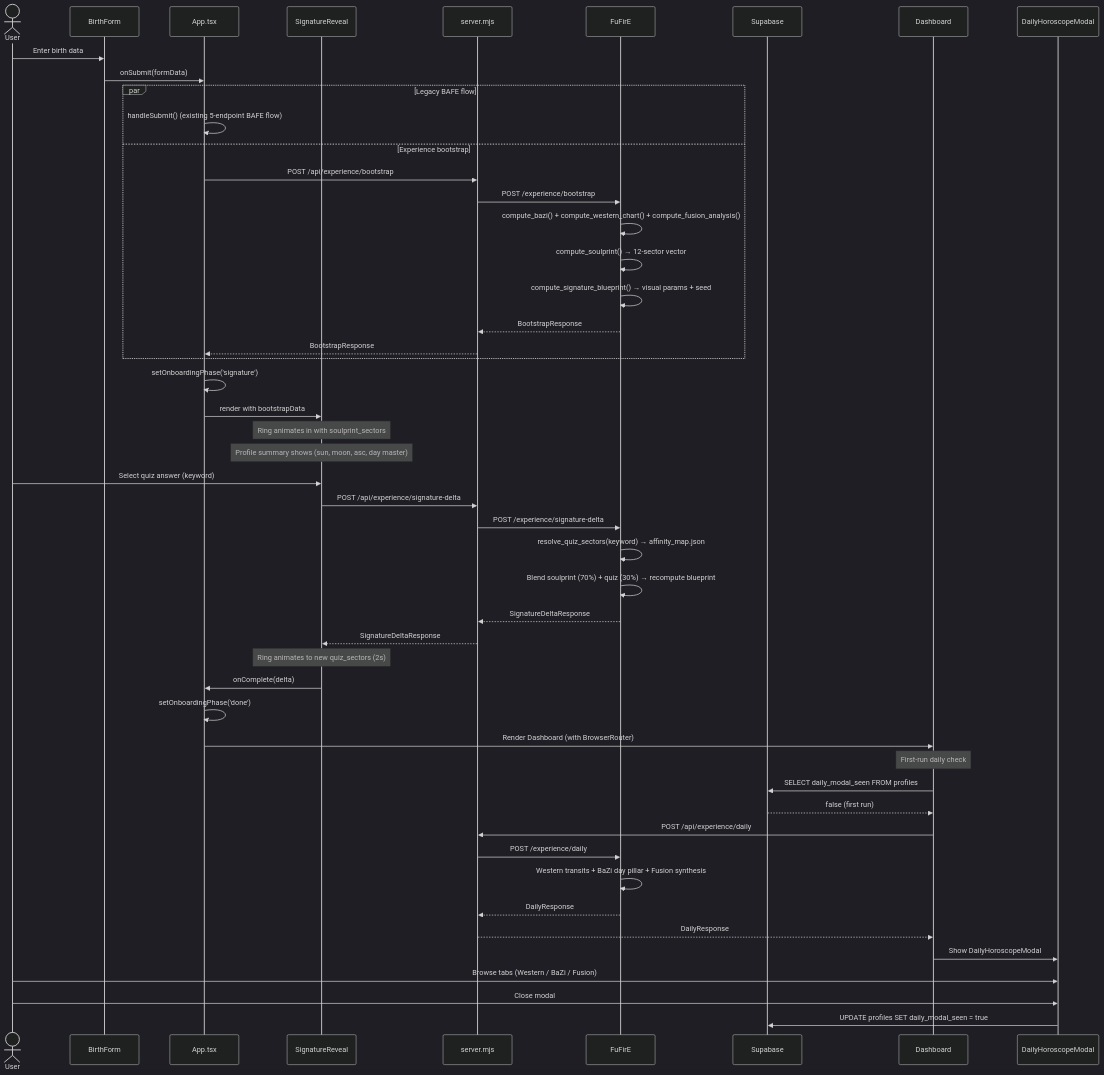
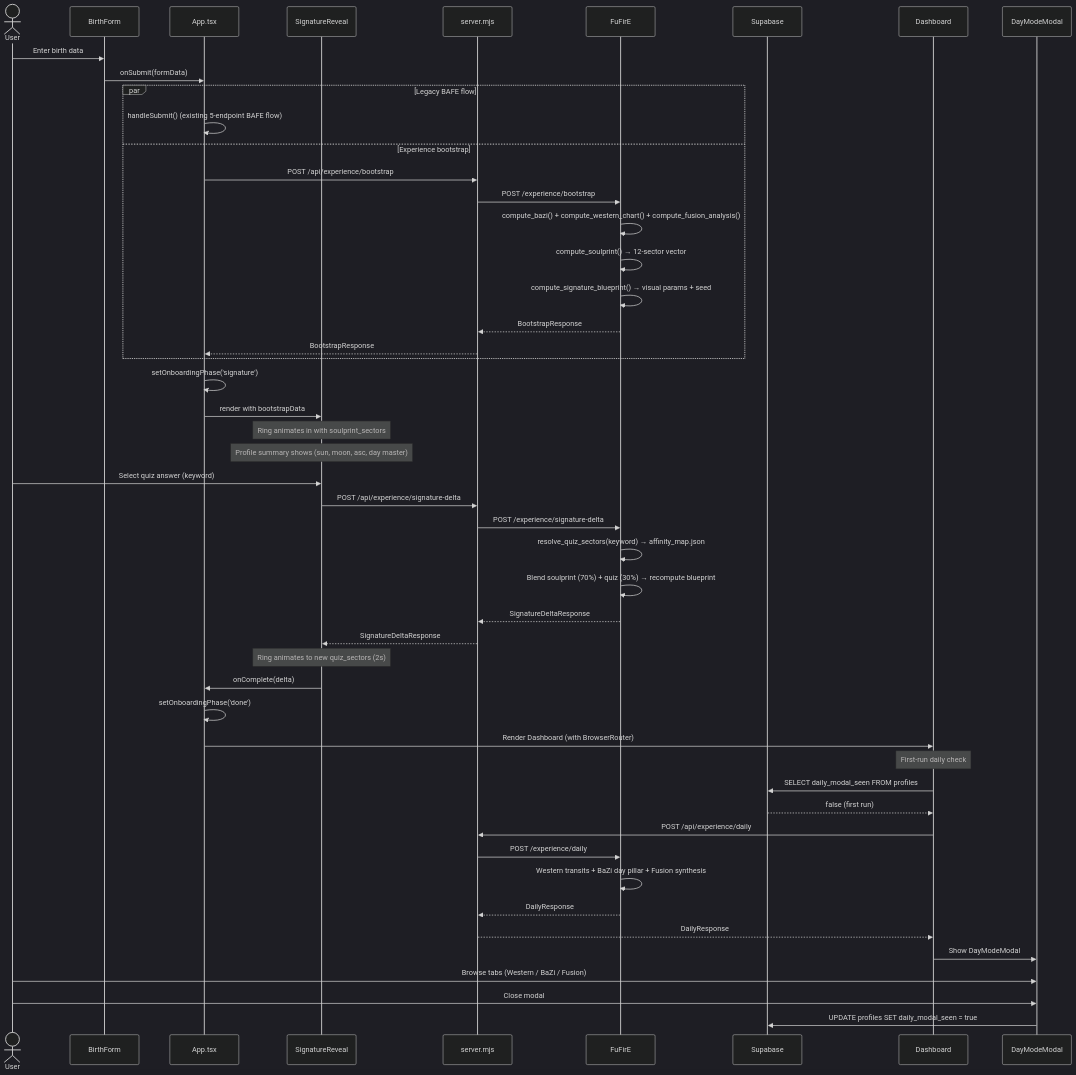
The diagram in docs/ARCHITECTURE_EXPERIENCE.md (DYAI2025/Astro-Noctum), drawn with Mermaid (dark theme) before and after one commit. The commit also changed other lines of this file and 1 other file, not shown here.

First line of the commit message:
docs(daily): add harmony_index/day_mode to API docs, fix modal name refs

````diff
--- a/docs/ARCHITECTURE_EXPERIENCE.md
+++ b/docs/ARCHITECTURE_EXPERIENCE.md
@@ -5,62 +5,62 @@
 ```mermaid
 sequenceDiagram
     actor U as User
     participant BF as BirthForm
     participant App as App.tsx
     participant SR as SignatureReveal
     participant Proxy as server.mjs
     participant FF as FuFirE
     participant SB as Supabase
     participant Dash as Dashboard
-    participant DM as DailyHoroscopeModal
+    participant DM as DayModeModal
 
     U->>BF: Enter birth data
     BF->>App: onSubmit(formData)
 
     par Legacy BAFE flow
         App->>App: handleSubmit() (existing 5-endpoint BAFE flow)
     and Experience bootstrap
         App->>Proxy: POST /api/experience/bootstrap
         Proxy->>FF: POST /experience/bootstrap
         FF->>FF: compute_bazi() + compute_western_chart() + compute_fusion_analysis()
         FF->>FF: compute_soulprint() → 12-sector vector
         FF->>FF: compute_signature_blueprint() → visual params + seed
         FF-->>Proxy: BootstrapResponse
         Proxy-->>App: BootstrapResponse
     end
 
     App->>App: setOnboardingPhase('signature')
     App->>SR: render with bootstrapData
 
     Note over SR: Ring animates in with soulprint_sectors
     Note over SR: Profile summary shows (sun, moon, asc, day master)
 
     U->>SR: Select quiz answer (keyword)
     SR->>Proxy: POST /api/experience/signature-delta
     Proxy->>FF: POST /experience/signature-delta
     FF->>FF: resolve_quiz_sectors(keyword) → affinity_map.json
     FF->>FF: Blend soulprint (70%) + quiz (30%) → recompute blueprint
     FF-->>Proxy: SignatureDeltaResponse
     Proxy-->>SR: SignatureDeltaResponse
 
     Note over SR: Ring animates to new quiz_sectors (2s)
 
     SR->>App: onComplete(delta)
     App->>App: setOnboardingPhase('done')
     App->>Dash: Render Dashboard (with BrowserRouter)
 
     Note over Dash: First-run daily check
 
     Dash->>SB: SELECT daily_modal_seen FROM profiles
     SB-->>Dash: false (first run)
     Dash->>Proxy: POST /api/experience/daily
     Proxy->>FF: POST /experience/daily
     FF->>FF: Western transits + BaZi day pillar + Fusion synthesis
     FF-->>Proxy: DailyResponse
     Proxy-->>Dash: DailyResponse
 
-    Dash->>DM: Show DailyHoroscopeModal
+    Dash->>DM: Show DayModeModal
     U->>DM: Browse tabs (Western / BaZi / Fusion)
     U->>DM: Close modal
     DM->>SB: UPDATE profiles SET daily_modal_seen = true
 ```
````
